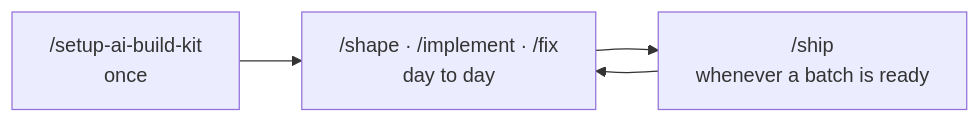
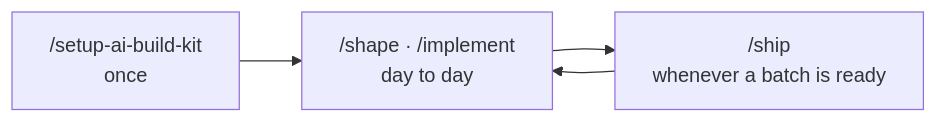
One commit to gwpicard/ai-loop-kit changed the diagram in README.md. Above: the diagram before and after it, drawn with Mermaid. The commit also changed other lines of this file and 64 other files, not shown here.

````diff
--- a/README.md
+++ b/README.md
@@ -106,6 +106,6 @@
 ```mermaid
 flowchart LR
-  S["/setup-ai-build-kit<br/>once"] --> L["/shape · /implement · /fix<br/>day to day"]
+  S["/setup-ai-build-kit<br/>once"] --> L["/shape · /implement<br/>day to day"]
   L --> P["/ship<br/>whenever a batch is ready"]
   P --> L
 ```
````
